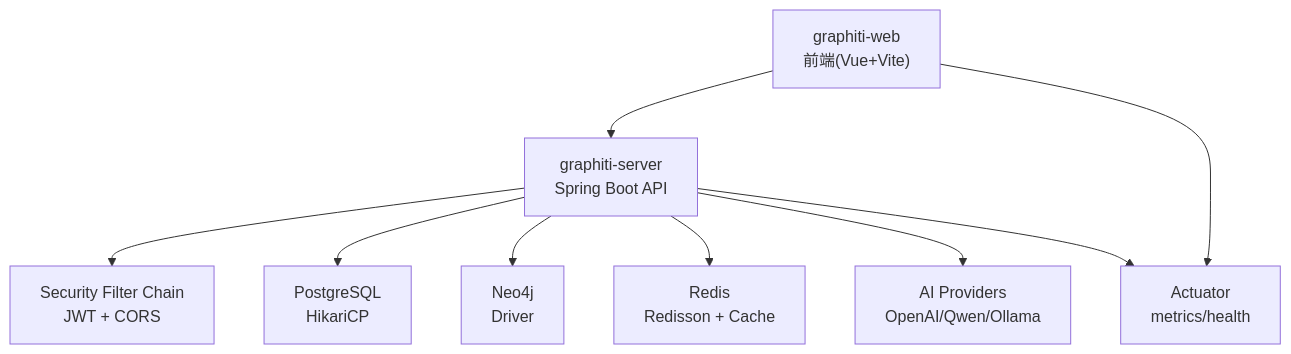
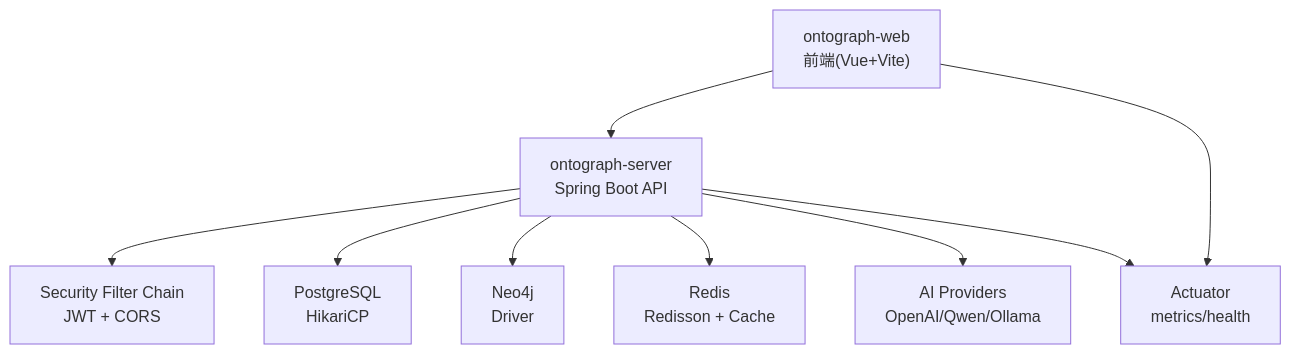
The second of 8 diagrams in docs/manual/部署运维/性能调优.md (joezxh/graphiti-java), drawn with Mermaid before and after one commit. The commit also changed other lines of this file and 200 other files, not shown here.

````diff
--- a/docs/manual/部署运维/性能调优.md
+++ b/docs/manual/部署运维/性能调优.md
@@ -101,11 +101,11 @@
 ```mermaid
 graph TB
-FE["graphiti-web<br/>前端(Vue+Vite)"] --> API["graphiti-server<br/>Spring Boot API"]
+FE["ontograph-web<br/>前端(Vue+Vite)"] --> API["ontograph-server<br/>Spring Boot API"]
 API --> SEC["Security Filter Chain<br/>JWT + CORS"]
 API --> DB["PostgreSQL<br/>HikariCP"]
 API --> N4J["Neo4j<br/>Driver"]
 API --> RDS["Redis<br/>Redisson + Cache"]
 API --> AIS["AI Providers<br/>OpenAI/Qwen/Ollama"]
 API --> ACT["Actuator<br/>metrics/health"]
 FE --> ACT
 ```
````
